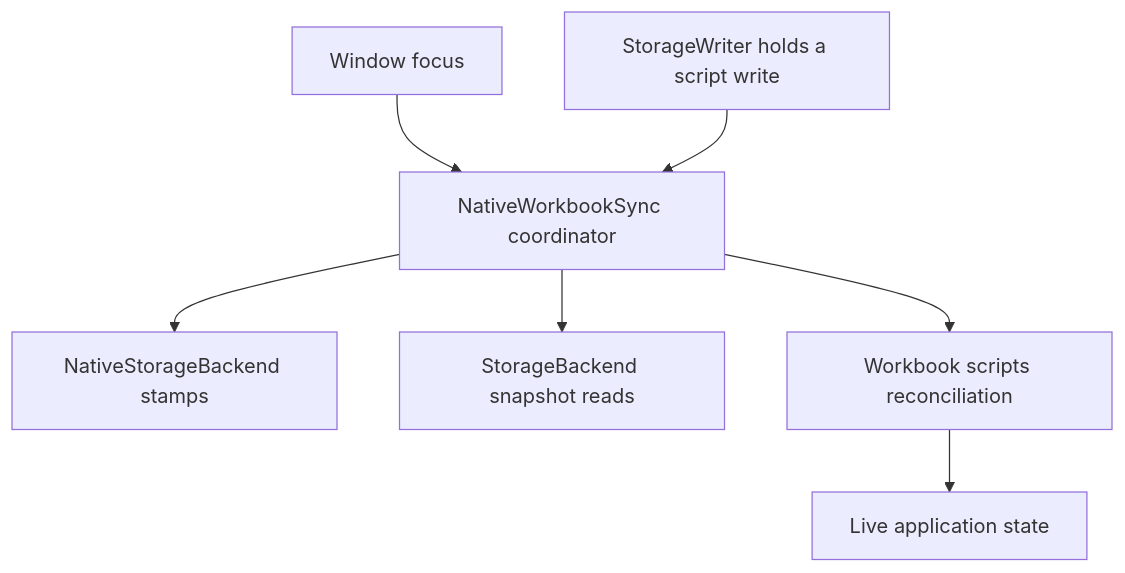
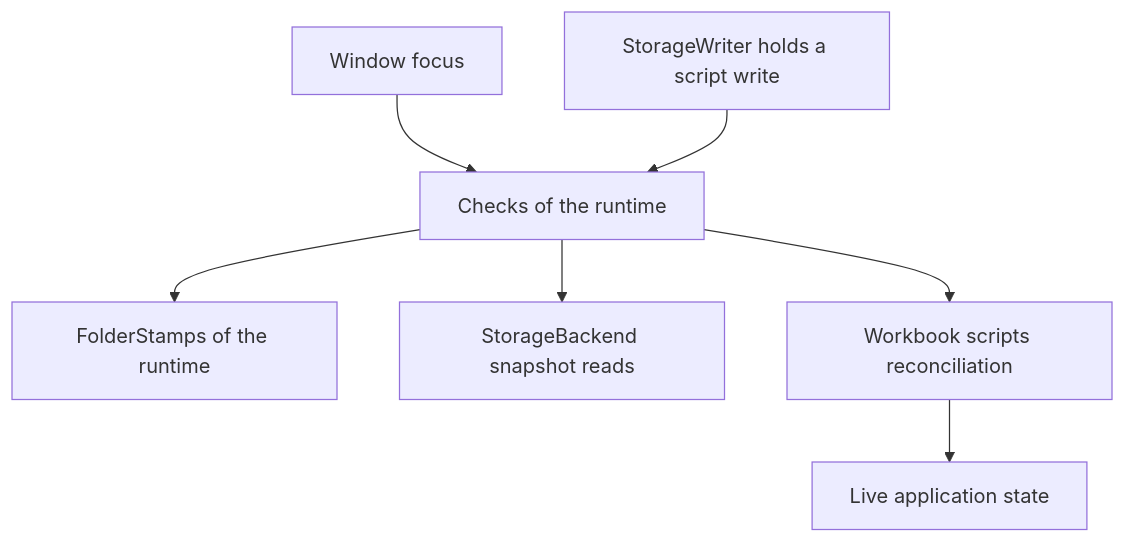
The first of 2 diagrams in docs/design/native_file_sync.md (ankoh/dashql), drawn with Mermaid before and after one commit. The commit also changed other lines of this file and 57 other files, not shown here.

````diff
--- a/docs/design/native_file_sync.md
+++ b/docs/design/native_file_sync.md
@@ -68,9 +68,9 @@
 ```mermaid
 flowchart TD
-    F[Window focus] --> RC[NativeWorkbookSync coordinator]
+    F[Window focus] --> RC[Checks of the runtime]
     W[StorageWriter holds a script write] --> RC
-    RC --> NB[NativeStorageBackend stamps]
+    RC --> NB[FolderStamps of the runtime]
     RC --> SB[StorageBackend snapshot reads]
     RC --> NS[Workbook scripts reconciliation]
     NS --> UI[Live application state]
 ```
````
